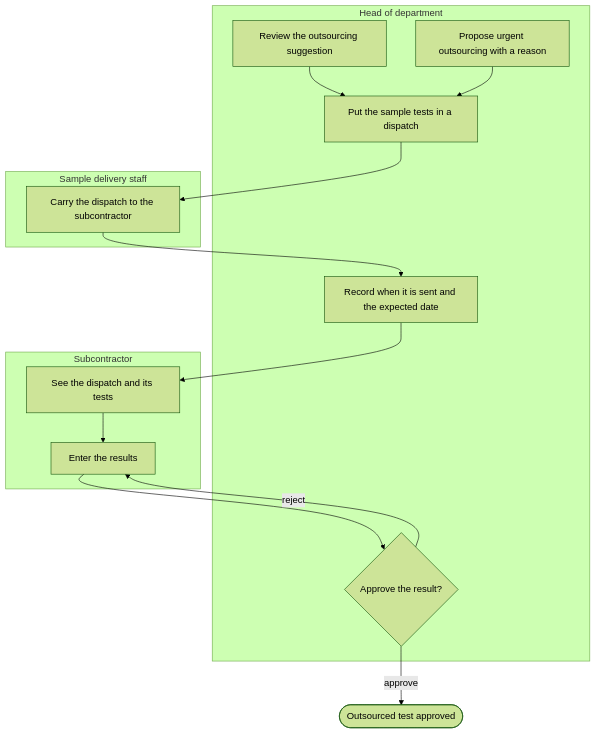
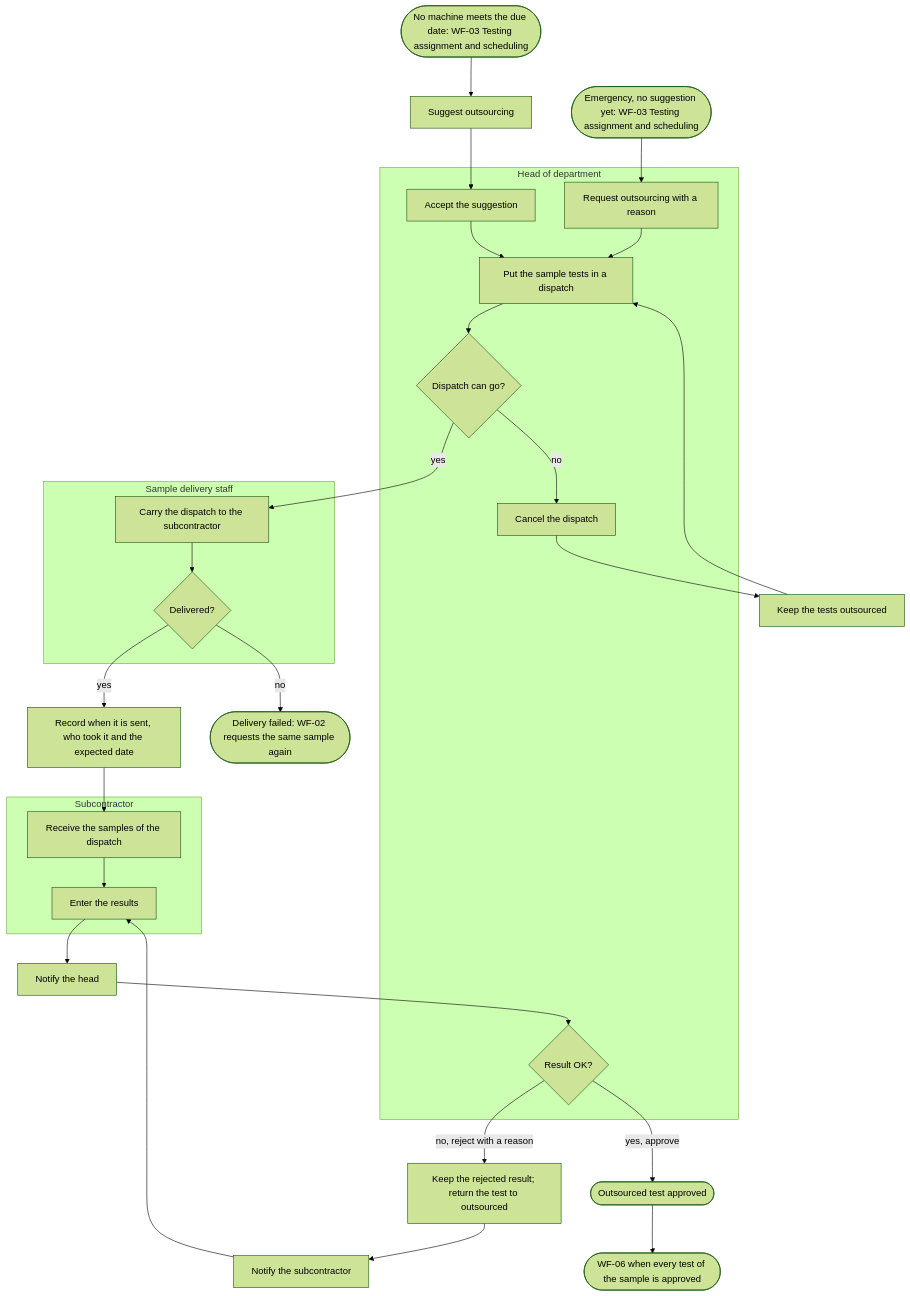
The fifth of 17 diagrams in docs/functional/business-flows.md (SoltuneMontepre/medilab), drawn with Mermaid (forest theme) before and after one commit. The commit also changed other lines of this file and 5 other files, not shown here.

Commit message:
[docs] Align WF-05 outsourced testing with its diagram and BM04 v1.1

````diff
--- a/docs/functional/business-flows.md
+++ b/docs/functional/business-flows.md
@@ -239,19 +240,28 @@
 ```mermaid
 flowchart TD
+    start([No machine meets the due date: WF-03 Testing assignment and scheduling]) --> suggest[Suggest outsourcing]
+    start2([Emergency, no suggestion yet: WF-03 Testing assignment and scheduling]) --> h0
     subgraph lane12 ["Head of department"]
-        h1[Review the outsourcing suggestion] --> h2[Put the sample tests in a dispatch]
-        h0[Propose urgent outsourcing with a reason] --> h2
-        h3[Record when it is sent and the expected date]
-        h4{Approve the result?}
+        h1[Accept the suggestion] --> h2[Put the sample tests in a dispatch]
+        h0[Request outsourcing with a reason] --> h2
+        go{Dispatch can go?}
+        cancel[Cancel the dispatch]
+        h4{Result OK?}
     end
     subgraph lane13 ["Sample delivery staff"]
-        d1[Carry the dispatch to the subcontractor]
+        d1[Carry the dispatch to the subcontractor] --> delivered{Delivered?}
     end
     subgraph lane14 ["Subcontractor"]
-        s1[See the dispatch and its tests] --> s2[Enter the results]
+        s1[Receive the samples of the dispatch] --> s2[Enter the results]
     end
-    h2 --> d1 --> h3 --> s1
-    s2 --> h4
-    h4 -->|reject| s2
-    h4 -->|approve| done([Outsourced test approved])
+    suggest --> h1
+    h2 --> go
+    go -->|yes| d1
+    go -->|no| cancel --> keep[Keep the tests outsourced] --> h2
+    delivered -->|yes| sent[Record when it is sent, who took it and the expected date] --> s1
+    delivered -->|no| wf02([Delivery failed: WF-02 requests the same sample again])
+    s2 --> notify[Notify the head] --> h4
+    h4 -->|no, reject with a reason| back[Keep the rejected result; return the test to outsourced] --> notify2[Notify the subcontractor] --> s2
+    h4 -->|yes, approve| done([Outsourced test approved])
+    done --> wf06([WF-06 when every test of the sample is approved])
 ```
````
